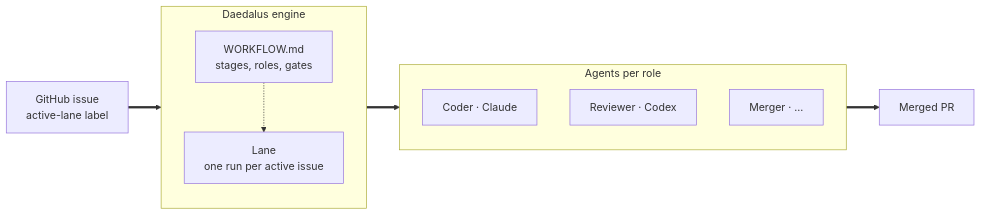
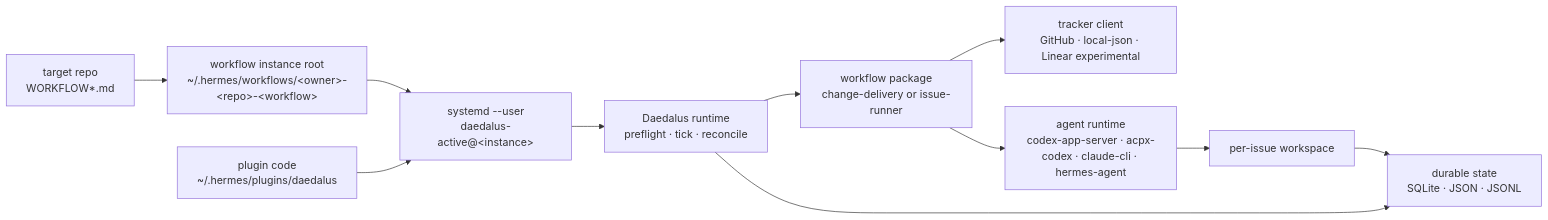
One commit to attmous/daedalus changed the first of 3 diagrams in README.md. Above: the diagram before and after it, drawn with Mermaid. The commit also changed other lines of this file, not shown here.

````diff
--- a/README.md
+++ b/README.md
@@ -131,24 +16,13 @@
 ```mermaid
 flowchart LR
-  ISSUE["GitHub issue<br/>active-lane label"]
-
-  subgraph DAEDALUS["Daedalus engine"]
-    direction TB
-    WF["WORKFLOW.md<br/>stages, roles, gates"]
-    LANE["Lane<br/>one run per active issue"]
-    WF -.-> LANE
-  end
-
-  subgraph AGENTS["Agents per role"]
-    direction TB
-    A1["Coder &middot; Claude"]
-    A2["Reviewer &middot; Codex"]
-    A3["Merger &middot; ..."]
-  end
-
-  PR["Merged PR"]
-
-  ISSUE ==> LANE
-  LANE ==> AGENTS
-  AGENTS ==> PR
+  Repo["target repo<br/>WORKFLOW*.md"] --> Root["workflow instance root<br/>~/.hermes/workflows/&lt;owner&gt;-&lt;repo&gt;-&lt;workflow&gt;"]
+  Plugin["plugin code<br/>~/.hermes/plugins/daedalus"] --> Service["systemd --user<br/>daedalus-active@&lt;instance&gt;"]
+  Root --> Service
+  Service --> Engine["Daedalus runtime<br/>preflight · tick · reconcile"]
+  Engine --> Workflow["workflow package<br/>change-delivery or issue-runner"]
+  Workflow --> Tracker["tracker client<br/>GitHub · local-json · Linear experimental"]
+  Workflow --> Runtime["agent runtime<br/>codex-app-server · acpx-codex · claude-cli · hermes-agent"]
+  Runtime --> Workspace["per-issue workspace"]
+  Engine --> State["durable state<br/>SQLite · JSON · JSONL"]
+  Workspace --> State
 ```
````
